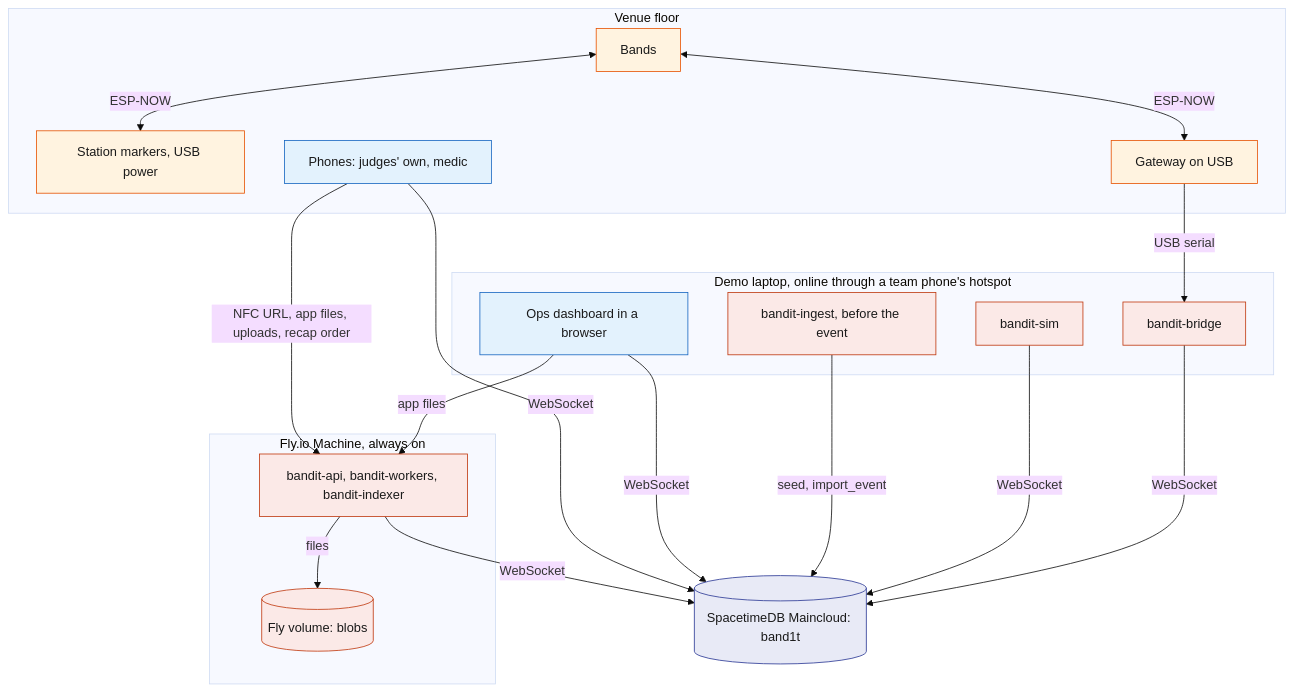
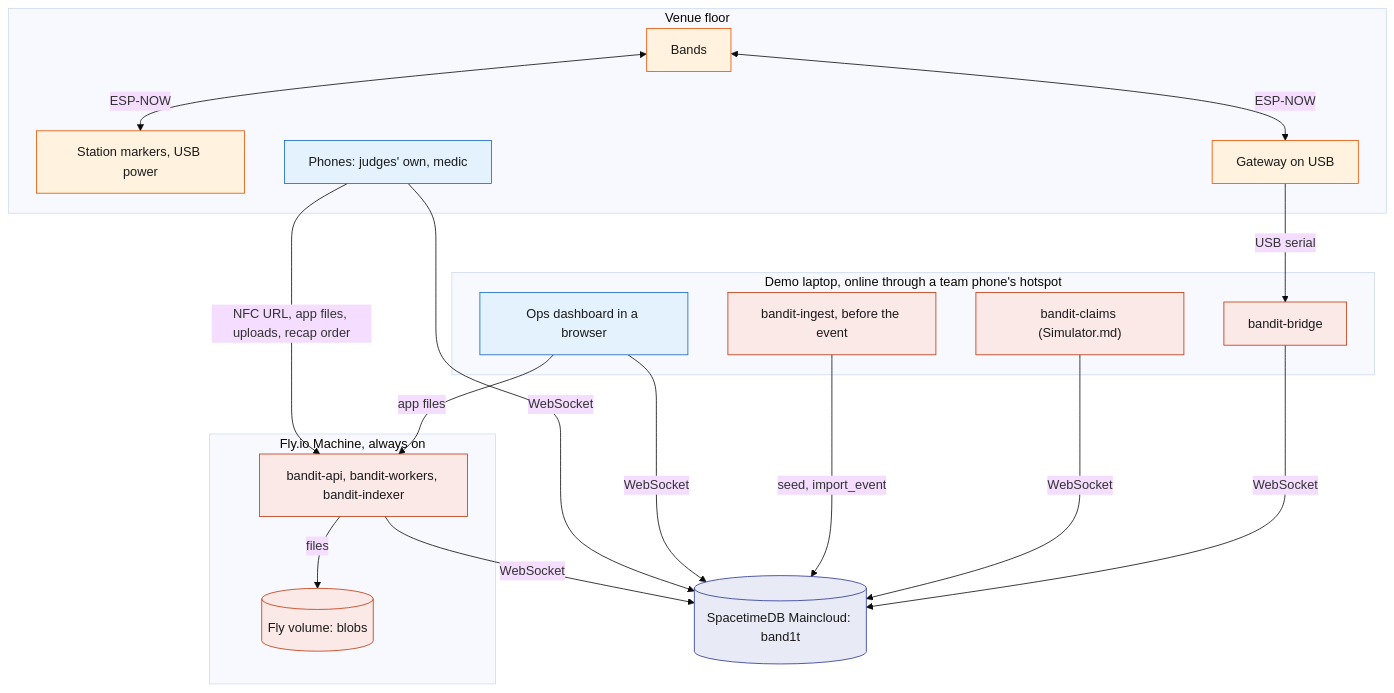
Before and after one commit to viktorinkov/cal-hacks-13: the fifth of 5 diagrams in System Design/1-overview/Architecture.md, drawn with Mermaid (base theme). The commit also changed other lines of this file and 19 other files, not shown here.

````diff
--- a/System Design/1-overview/Architecture.md
+++ b/System Design/1-overview/Architecture.md
@@ -276,42 +276,42 @@
 ```mermaid
 flowchart TB
   subgraph Floor["Venue floor"]
     Bands["Bands"]
     Stations["Station markers, USB power"]
     Gateway["Gateway on USB"]
     Phones["Phones: judges' own, medic"]
   end
   subgraph Laptop["Demo laptop, online through a team phone's hotspot"]
     Bridge["bandit-bridge"]
-    Sim["bandit-sim"]
+    Sim["bandit-claims (Simulator.md)"]
     Ingest["bandit-ingest, before the event"]
     OpsUI["Ops dashboard in a browser"]
   end
   subgraph Fly["Fly.io Machine, always on"]
     Svc["bandit-api, bandit-workers, bandit-indexer"]
     Vol[("Fly volume: blobs")]
   end
   Maincloud[("SpacetimeDB Maincloud: band1t")]
 
   Bands <-->|"ESP-NOW"| Stations
   Bands <-->|"ESP-NOW"| Gateway
   Gateway -->|"USB serial"| Bridge
   Bridge -->|"WebSocket"| Maincloud
   Sim -->|"WebSocket"| Maincloud
   Ingest -->|"seed, import_event"| Maincloud
   OpsUI -->|"WebSocket"| Maincloud
   OpsUI -->|"app files"| Svc
   Phones -->|"NFC URL, app files, uploads, recap order"| Svc
   Phones -->|"WebSocket"| Maincloud
   Svc -->|"WebSocket"| Maincloud
   Svc -->|"files"| Vol
 
   classDef device fill:#FFF3E0,stroke:#E65100,color:#1A1A1A
   classDef rust fill:#FBE9E7,stroke:#BF360C,color:#1A1A1A
   classDef stdb fill:#E8EAF6,stroke:#283593,color:#1A1A1A
   classDef web fill:#E3F2FD,stroke:#1565C0,color:#1A1A1A
   class Bands,Stations,Gateway device
   class Bridge,Sim,Ingest,Svc,Vol rust
   class Maincloud stdb
   class Phones,OpsUI web
 ```
````
